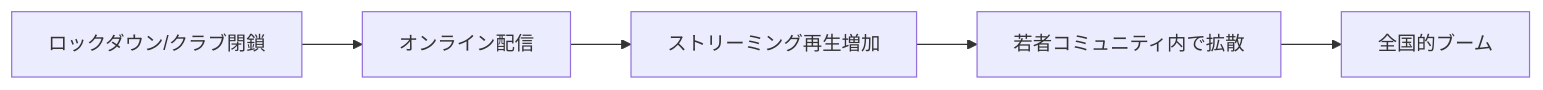
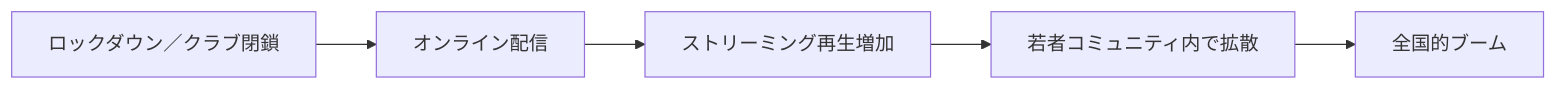
One commit to monumental-movement/monumental-movement.github.io changed the fourth of 8 diagrams in zh-hant/_posts/2025-11-30-column-south-african-amapiano.md. Above: the diagram before and after it, drawn with Mermaid. The commit also changed other lines of this file and 477 other files, not shown here.

```diff
--- a/zh-hant/_posts/2025-11-30-column-south-african-amapiano.md
+++ b/zh-hant/_posts/2025-11-30-column-south-african-amapiano.md
@@ -183,7 +189,7 @@
 <div class="mermaid">
 graph LR
-    LOCK[ロックダウン/クラブ閉鎖] --> ONLINE[オンライン配信]
-    ONLINE --> STREAM[ストリーミング再生増加]
-    STREAM --> YOUTH[若者コミュニティ内で拡散]
-    YOUTH --> NATION[全国的ブーム]
+    LD["ロックダウン／クラブ閉鎖"] --> ONL["オンライン配信"]
+    ONL --> STR["ストリーミング再生増加"]
+    STR --> YC["若者コミュニティ内で拡散"]
+    YC --> NB["全国的ブーム"]
 </div>
```
